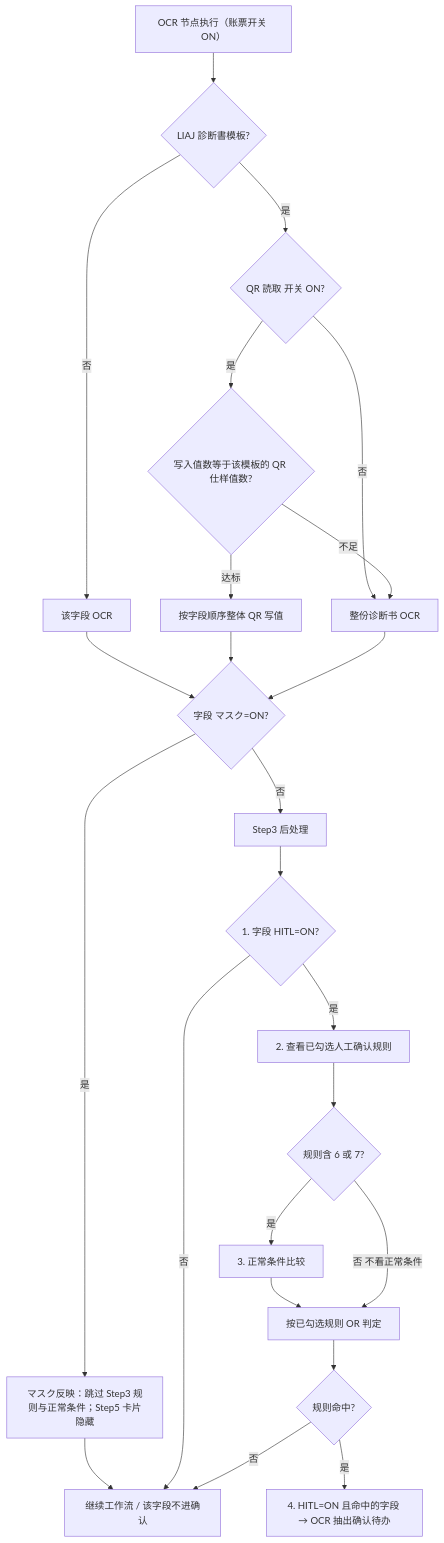
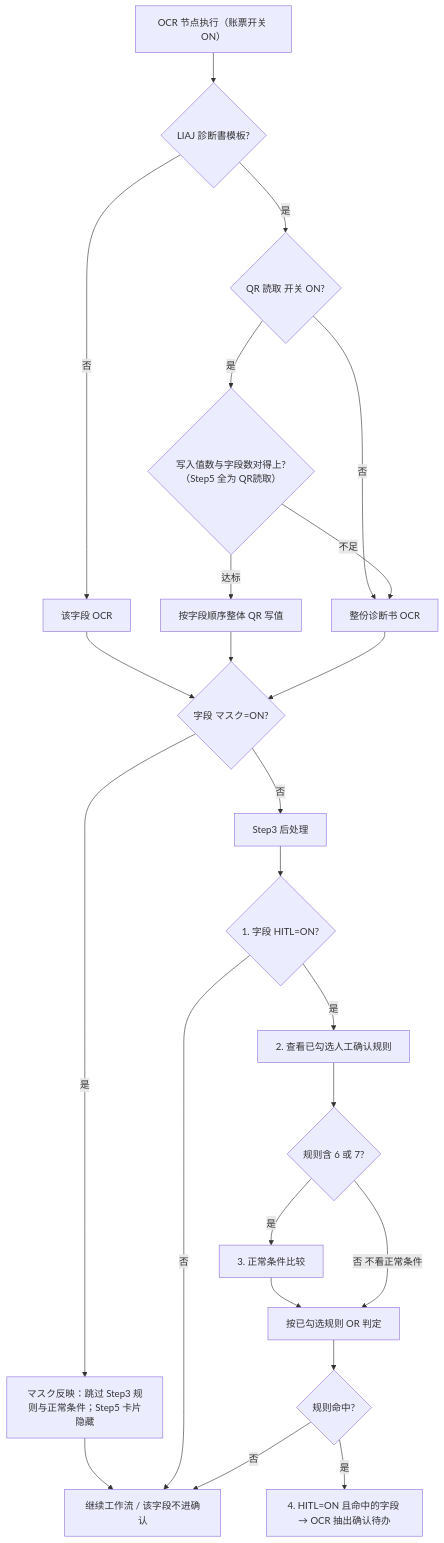
Before and after one commit to aruirage/-IDP-workflow2: the diagram in PRD.zh-CN.md, drawn with Mermaid. The commit also changed other lines of this file and 7 other files, not shown here.

````diff
--- a/PRD.zh-CN.md
+++ b/PRD.zh-CN.md
@@ -321,44 +321,44 @@
 ```mermaid
 flowchart TD
   start["OCR 节点执行（账票开关 ON）"]
   isLiaj{"LIAJ 診断書模板?"}
   qrEnabled{"QR 読取 开关 ON?"}
-  valueOk{"写入值数等于该模板的 QR 仕样值数?"}
+  valueOk{"写入值数与字段数对得上?（Step5 全为 QR読取）"}
   qrWrite["按字段顺序整体 QR 写值"]
   ocrAll["整份诊断书 OCR"]
   ocrField["该字段 OCR"]
   post["Step3 后处理"]
   masked{"字段 マスク=ON?"}
   maskedOut["マスク反映：跳过 Step3 规则与正常条件；Step5 卡片隐藏"]
   hitlGate{"1. 字段 HITL=ON?"}
   selectedRules["2. 查看已勾选人工确认规则"]
   needRange{"规则含 6 或 7?"}
   range["3. 正常条件比较"]
   evalRules["按已勾选规则 OR 判定"]
   hit{"规则命中?"}
   todo["4. HITL=ON 且命中的字段 → OCR 抽出确认待办"]
   pass["继续工作流 / 该字段不进确认"]
 
   start --> isLiaj
   isLiaj -->|否| ocrField
   isLiaj -->|是| qrEnabled
   qrEnabled -->|否| ocrAll
   qrEnabled -->|是| valueOk
   valueOk -->|达标| qrWrite
   valueOk -->|不足| ocrAll
   ocrField --> masked
   qrWrite --> masked
   ocrAll --> masked
   masked -->|是| maskedOut
   maskedOut --> pass
   masked -->|否| post
   post --> hitlGate
   hitlGate -->|否| pass
   hitlGate -->|是| selectedRules
   selectedRules --> needRange
   needRange -->|是| range --> evalRules
   needRange -->|否 不看正常条件| evalRules
   evalRules --> hit
   hit -->|是| todo
   hit -->|否| pass
 ```
````
